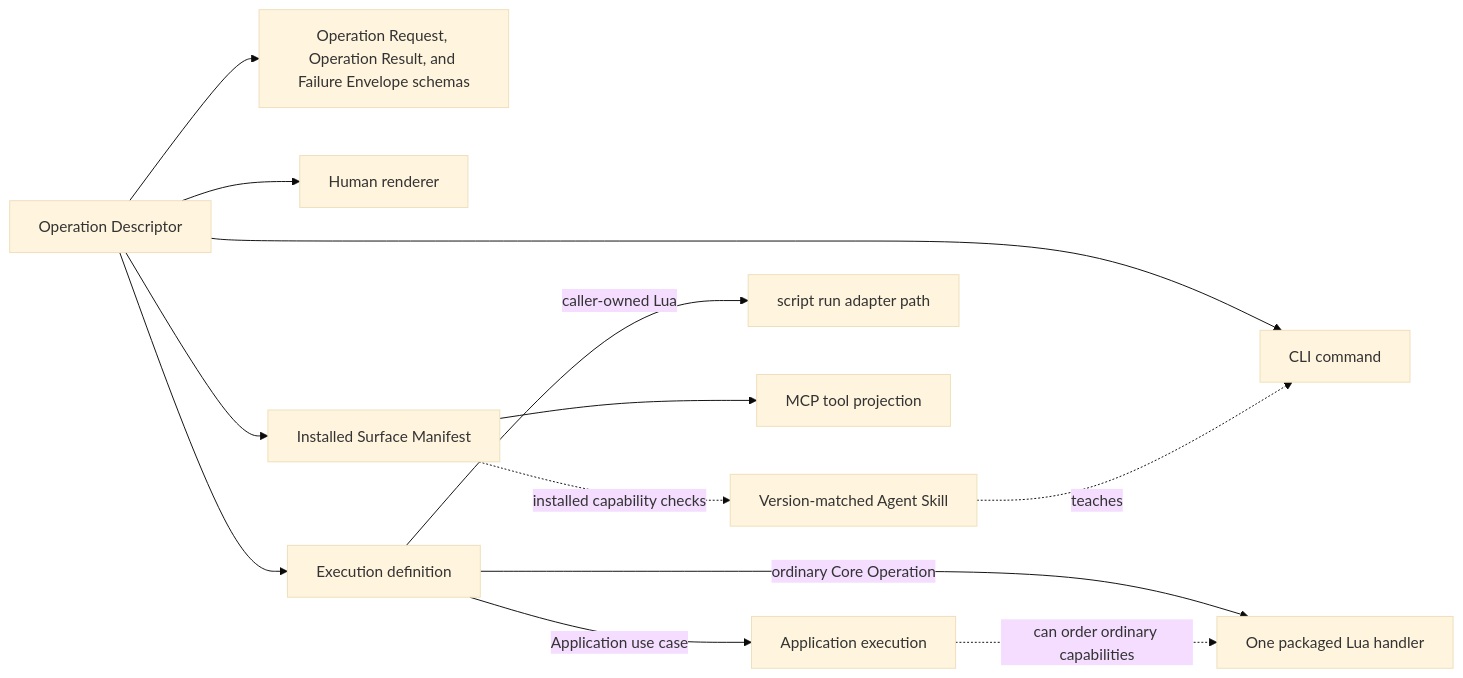
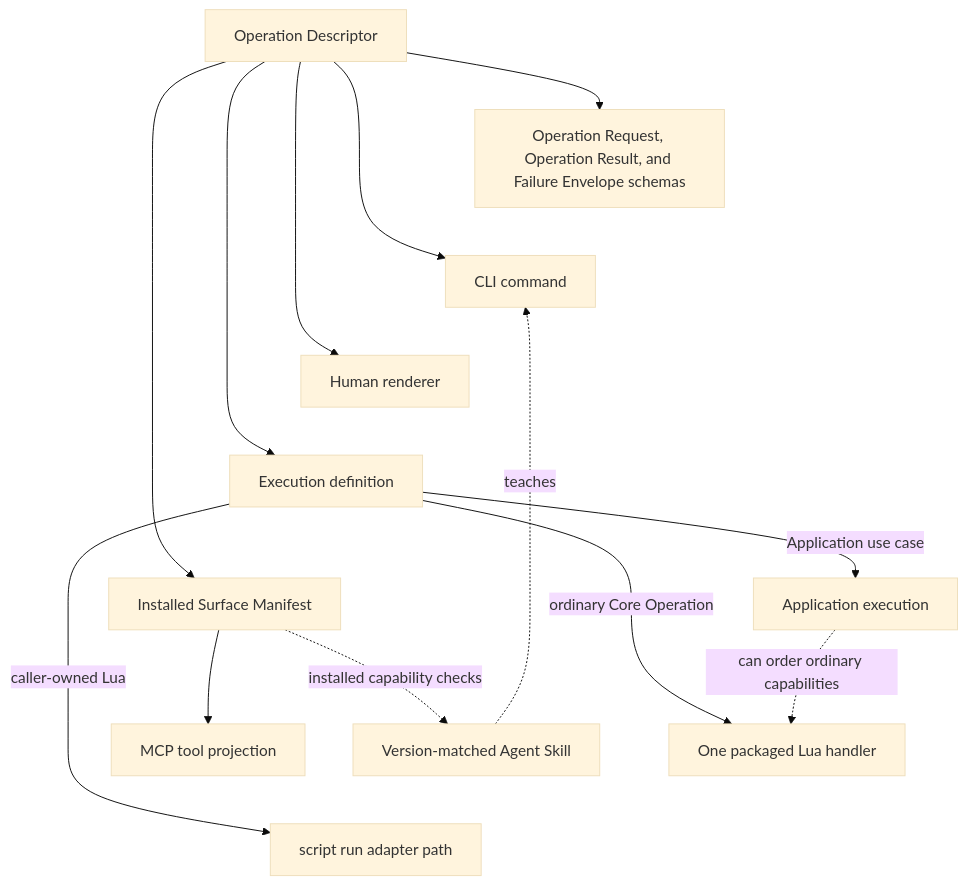
One commit to aigengame/aseprite-automation changed the fourth of 6 diagrams in ARCHITECTURE.md. Above: the diagram before and after it, drawn with Mermaid (base theme). The commit also changed other lines of this file, not shown here.

Commit message:
docs(architecture): use vertical diagram layouts

````diff
--- a/ARCHITECTURE.md
+++ b/ARCHITECTURE.md
@@ -321,15 +327,24 @@
 ```mermaid
-flowchart LR
+flowchart TB
     Descriptor[Operation Descriptor] --> Request[Operation Request, Operation Result, and Failure Envelope schemas]
     Descriptor --> CLICommand[CLI command]
     Descriptor --> Renderer[Human renderer]
     Descriptor --> Execution[Execution definition]
     Descriptor --> Manifest[Installed Surface Manifest]
+
+    %% Invisible links stack descriptor facets vertically without changing ownership.
+    Request ~~~ CLICommand
+    CLICommand ~~~ Renderer
+    Renderer ~~~ Execution
+    Execution ~~~ Manifest
+
     Execution -->|ordinary Core Operation| Binding[One packaged Lua handler]
     Execution -->|Application use case| AppPath[Application execution]
     AppPath -. can order ordinary capabilities .-> Binding
     Execution -->|caller-owned Lua| ScriptPath[script run adapter path]
+    AppPath ~~~ Binding
+    Binding ~~~ ScriptPath
     Manifest --> MCPTool[MCP tool projection]
     SkillDocs[Version-matched Agent Skill] -. teaches .-> CLICommand
     Manifest -. installed capability checks .-> SkillDocs
 ```
````
